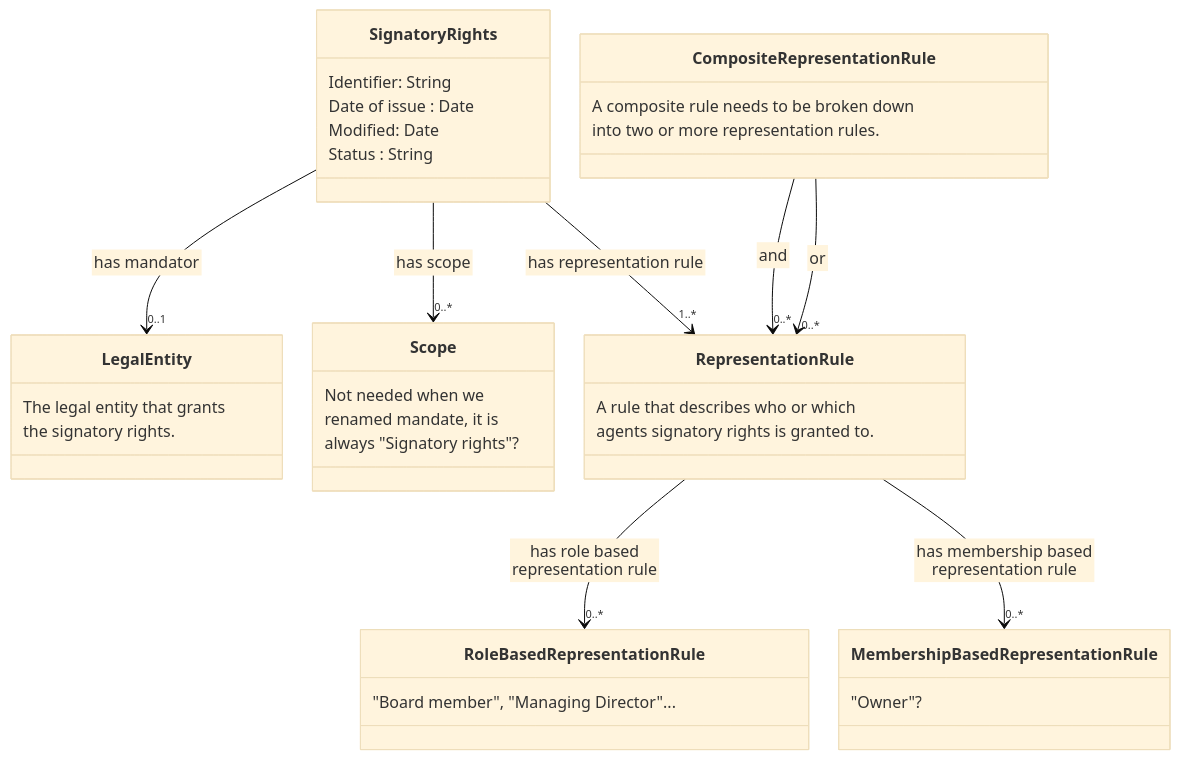
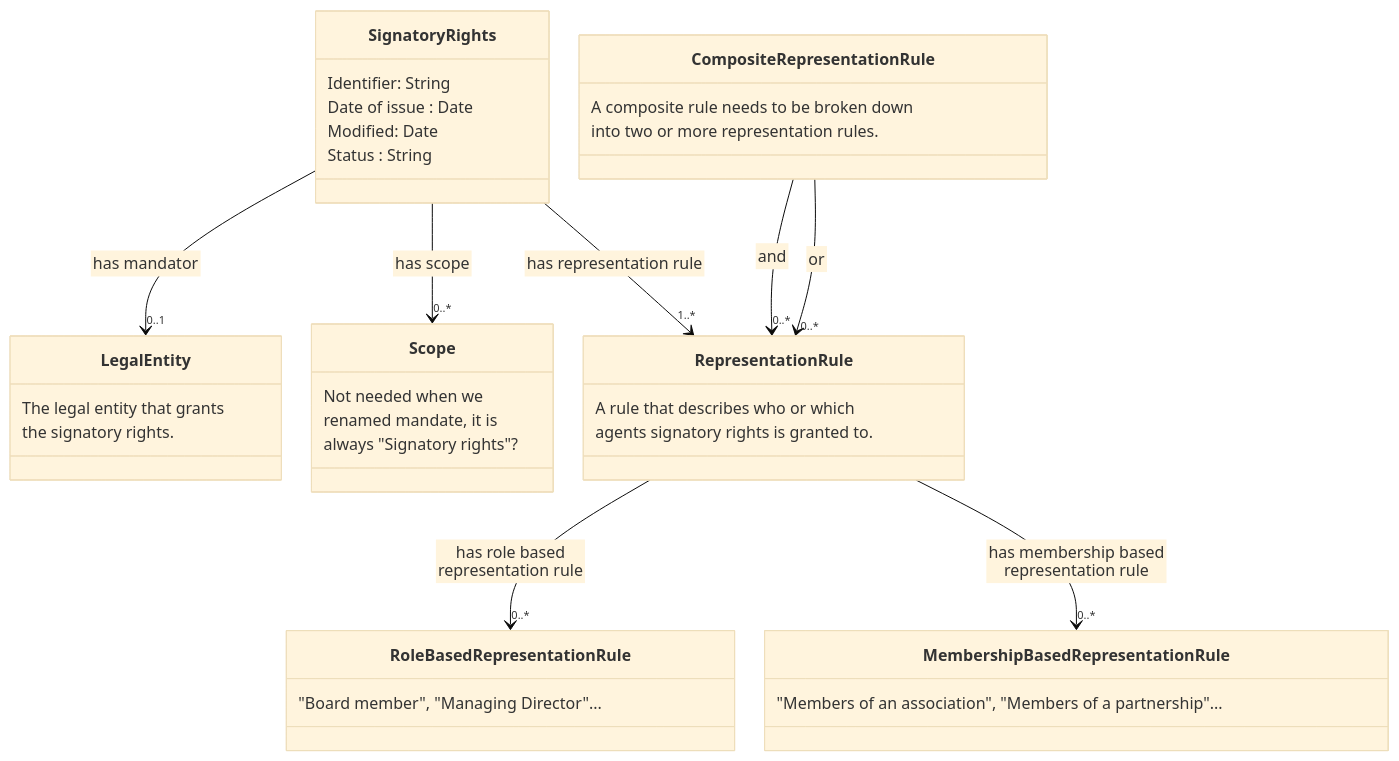
The diagram in README.md (nordicsmartgovernment/Nordic-Signatory-Rights-Model), drawn with Mermaid (base theme) before and after one commit.

````diff
--- a/README.md
+++ b/README.md
@@ -23,54 +23,54 @@
 ```mermaid
  %%{init:{'flowchart':{'nodeSpacing': 30, 'rankSpacing': 95, 'htmlLabels': false}}}%%
     classDiagram
        
         class Signatory Rights {
             Identifier: String
             Date of issue : Date
             Modified: Date
             Status : String
         }
 
         Signatory Rights --> "0..1" Legal Entity : has mandator
         Signatory Rights --> "0..*" Scope : has scope
         Signatory Rights --> "1..*" Representation Rule : has representation rule
 
         class Legal Entity {
            The legal entity that grants
            the signatory rights.
         }
 
         class Scope {
            Not needed when we
            renamed mandate, it is
            always "Signatory rights"?
         }
 
         class Representation Rule {
            A rule that describes who or which
            agents signatory rights is granted to.
         }
 
         Representation Rule  --> "0..*" Role Based Representation Rule : has role based representation rule
         Representation Rule --> "0..*" Membership Based Representation Rule : has membership based representation rule
 
         class Role Based Representation Rule {
            "Board member", "Managing Director"...
         }
 
         class Membership Based Representation Rule {
-           "Owner"?
+           "Members of an association", "Members of a partnership"...
         }
 
         class Composite Representation Rule {
            A composite rule needs to be broken down
            into two or more representation rules.
         }
 
         Composite Representation Rule --> "0..*" Representation Rule : and
         Composite Representation Rule --> "0..*" Representation Rule : or
 
         class Scope {
         }
 
 ```
````
